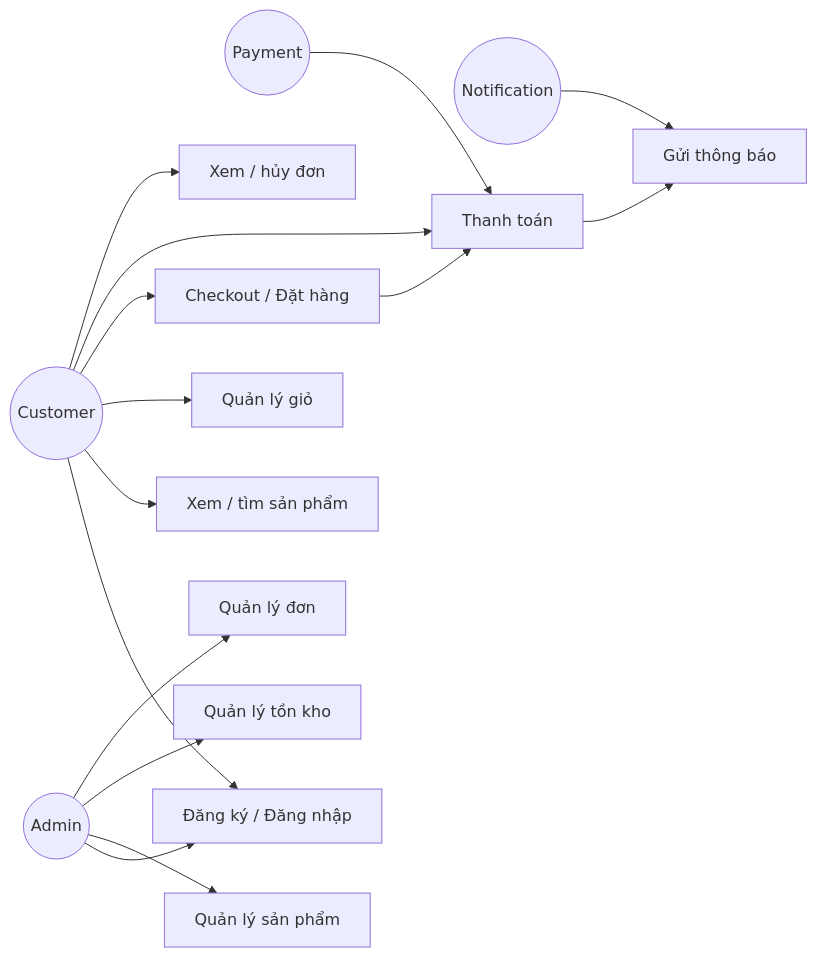
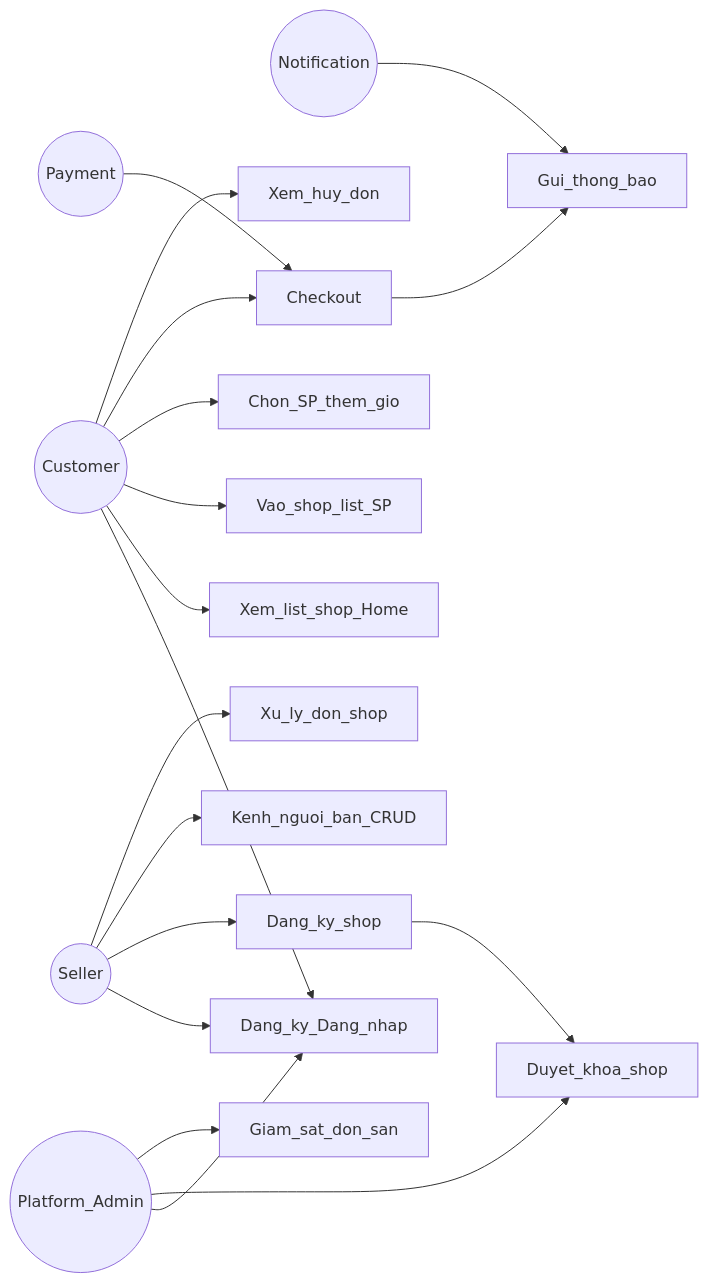
One commit to trinhvanhai1994/GTVT_ecommerce changed diagram 12 of 16 in BAO-CAO-DO-AN.md. Above: the diagram before and after it, drawn with Mermaid. The commit also changed other lines of this file and 99 other files, not shown here.

````diff
--- a/BAO-CAO-DO-AN.md
+++ b/BAO-CAO-DO-AN.md
@@ -334,22 +659,26 @@
 ```mermaid
 flowchart LR
   C((Customer))
-  A((Admin))
+  S((Seller))
+  A((Platform_Admin))
   P((Payment))
   N((Notification))
 
-  C --> UC1[Đăng ký / Đăng nhập]
-  C --> UC2[Xem / tìm sản phẩm]
-  C --> UC3[Quản lý giỏ]
-  C --> UC4[Checkout / Đặt hàng]
-  C --> UC5[Thanh toán]
-  C --> UC6[Xem / hủy đơn]
+  C --> UC1[Dang_ky_Dang_nhap]
+  C --> UC2[Xem_list_shop_Home]
+  C --> UC3[Vao_shop_list_SP]
+  C --> UC4[Chon_SP_them_gio]
+  C --> UC5[Checkout]
+  C --> UC6[Xem_huy_don]
+  S --> UC1
+  S --> UC7[Dang_ky_shop]
+  S --> UC8[Kenh_nguoi_ban_CRUD]
+  S --> UC9[Xu_ly_don_shop]
   A --> UC1
-  A --> UC7[Quản lý sản phẩm]
-  A --> UC8[Quản lý tồn kho]
-  A --> UC9[Quản lý đơn]
+  A --> UC10[Duyet_khoa_shop]
+  A --> UC11[Giam_sat_don_san]
   P --> UC5
-  N --> UC10[Gửi thông báo]
-  UC4 --> UC5
-  UC5 --> UC10
+  N --> UC12[Gui_thong_bao]
+  UC5 --> UC12
+  UC7 --> UC10
 ```
````
